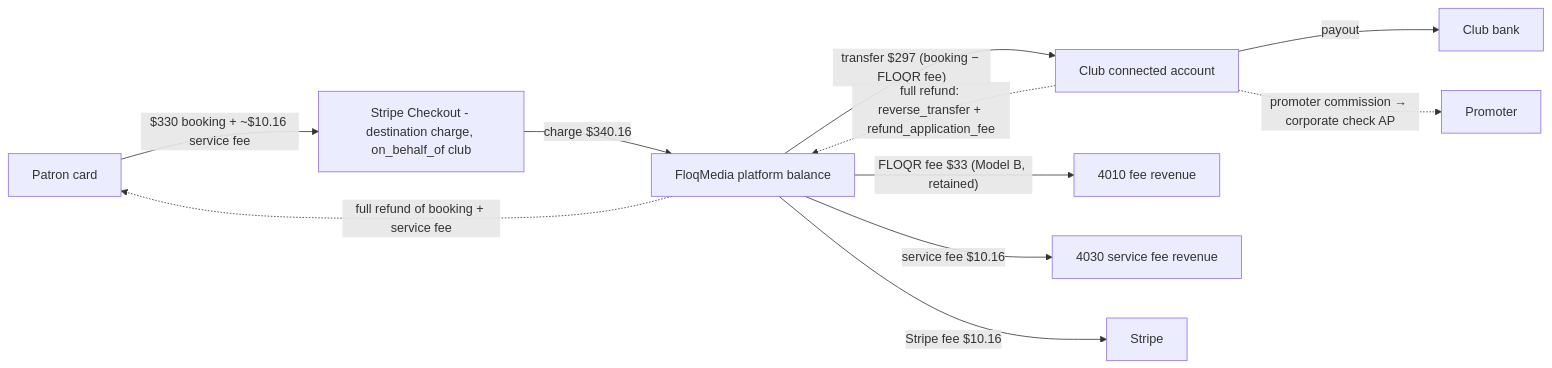
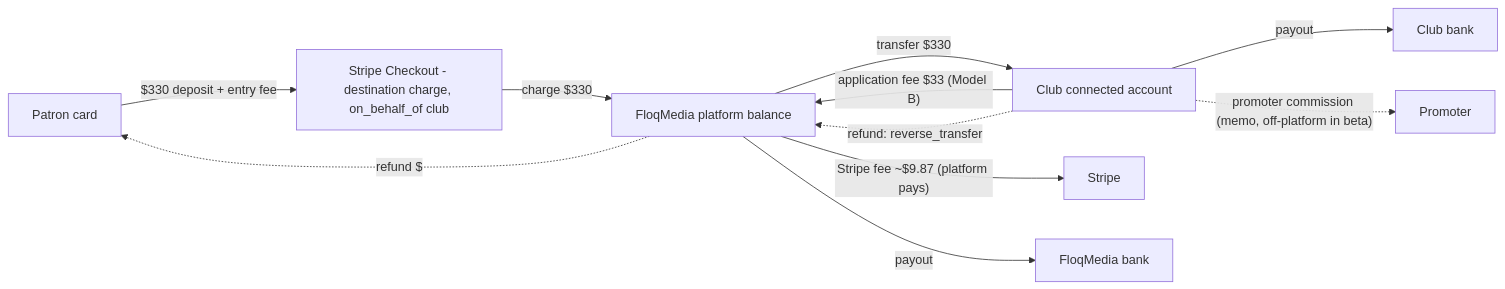
Before and after one commit to JadzAdCo/shoutout-demo: the second of 7 diagrams in reports/vip-notifications-billing.md, drawn with Mermaid. The commit also changed other lines of this file and 3 other files, not shown here.

Commit message:
docs: VIP owner decisions Batch1 (floqr.app, VIP ReserV, beta venues, club-set deposit)

````diff
--- a/reports/vip-notifications-billing.md
+++ b/reports/vip-notifications-billing.md
@@ -278,13 +276,13 @@
 ```mermaid
 flowchart LR
-  P["Patron card"] -->|"$330 booking + ~$10.16 service fee"| SC["Stripe Checkout - destination charge, on_behalf_of club"]
-  SC -->|"charge $340.16"| PB["FloqMedia platform balance"]
-  PB -->|"transfer $297 (booking − FLOQR fee)"| CA["Club connected account"]
-  PB -->|"FLOQR fee $33 (Model B, retained)"| FE["4010 fee revenue"]
-  PB -->|"service fee $10.16"| SF["4030 service fee revenue"]
-  PB -->|"Stripe fee $10.16"| ST["Stripe"]
+  P["Patron card"] -->|"$330 deposit + entry fee"| SC["Stripe Checkout - destination charge, on_behalf_of club"]
+  SC -->|"charge $330"| PB["FloqMedia platform balance"]
+  PB -->|"transfer $330"| CA["Club connected account"]
+  CA -->|"application fee $33 (Model B)"| PB
+  PB -->|"Stripe fee ~$9.87 (platform pays)"| ST["Stripe"]
   CA -->|"payout"| CB["Club bank"]
-  CA -.->|"full refund: reverse_transfer + refund_application_fee"| PB
-  PB -.->|"full refund of booking + service fee"| P
-  CA -.->|"promoter commission → corporate check AP"| PR["Promoter"]
+  PB -->|"payout"| FB["FloqMedia bank"]
+  CA -.->|"refund: reverse_transfer"| PB
+  PB -.->|"refund $"| P
+  CA -.->|"promoter commission (memo, off-platform in beta)"| PR["Promoter"]
 ```
````
